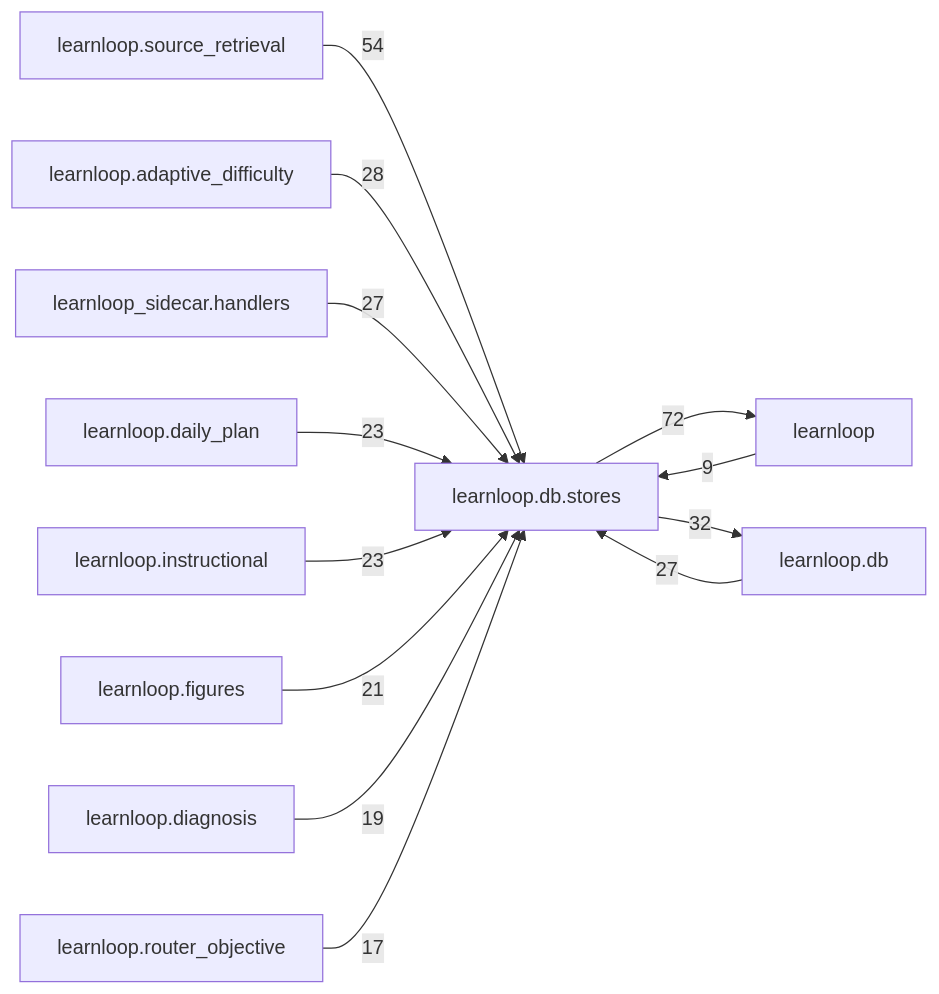
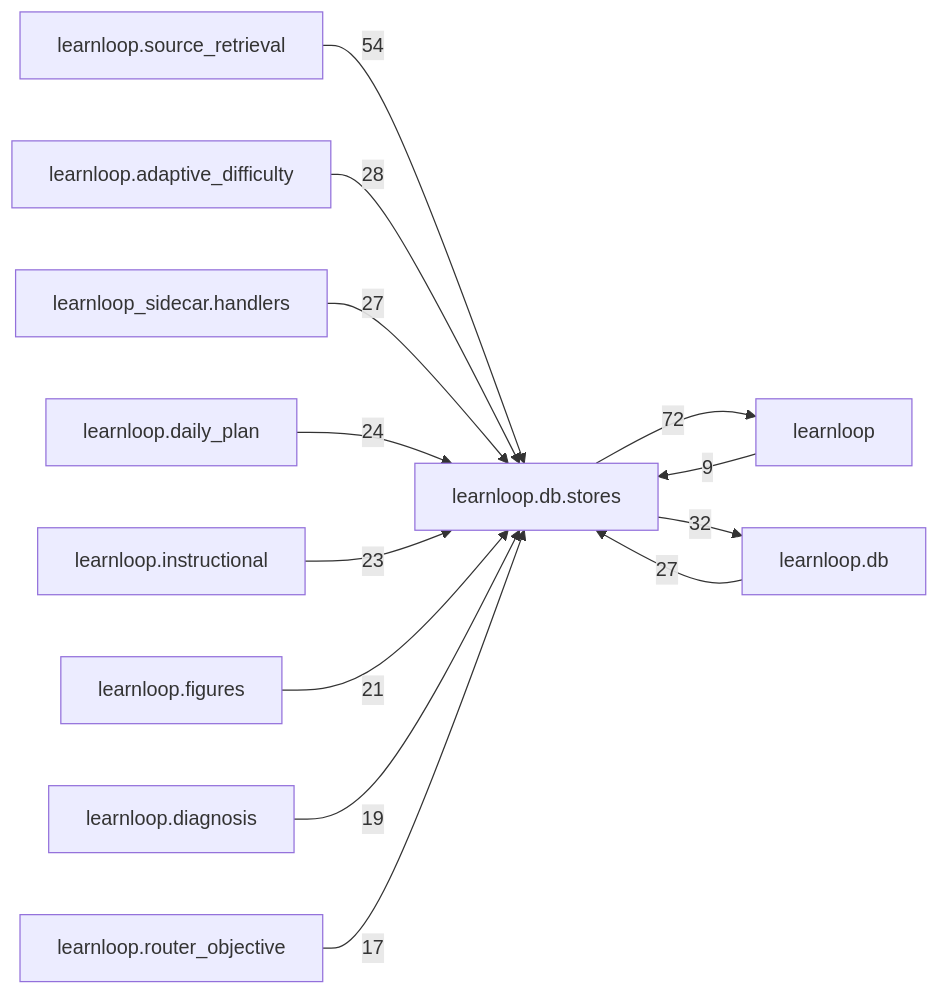
Before and after one commit to 6up-b/learnanything: the diagram in docs/learnloop-architecture-vault/Reference/Modules/learnloop/db/stores/_package.md, drawn with Mermaid. The commit also changed other lines of this file and 69 other files, not shown here.

````diff
--- a/docs/learnloop-architecture-vault/Reference/Modules/learnloop/db/stores/_package.md
+++ b/docs/learnloop-architecture-vault/Reference/Modules/learnloop/db/stores/_package.md
@@ -256,26 +256,26 @@
 ```mermaid
 flowchart LR
     center["learnloop.db.stores"]
     n_learnloop["learnloop"]
     n_learnloop_db["learnloop.db"]
     n_learnloop_source_retrieval["learnloop.source_retrieval"]
     n_learnloop_adaptive_difficulty["learnloop.adaptive_difficulty"]
     n_learnloop_sidecar_handlers["learnloop_sidecar.handlers"]
     n_learnloop_daily_plan["learnloop.daily_plan"]
     n_learnloop_instructional["learnloop.instructional"]
     n_learnloop_figures["learnloop.figures"]
     n_learnloop_diagnosis["learnloop.diagnosis"]
     n_learnloop_router_objective["learnloop.router_objective"]
     n_learnloop -->|9| center
     center -->|72| n_learnloop
     n_learnloop_db -->|27| center
     center -->|32| n_learnloop_db
     n_learnloop_source_retrieval -->|54| center
     n_learnloop_adaptive_difficulty -->|28| center
     n_learnloop_sidecar_handlers -->|27| center
-    n_learnloop_daily_plan -->|23| center
+    n_learnloop_daily_plan -->|24| center
     n_learnloop_instructional -->|23| center
     n_learnloop_figures -->|21| center
     n_learnloop_diagnosis -->|19| center
     n_learnloop_router_objective -->|17| center
 ```
````
